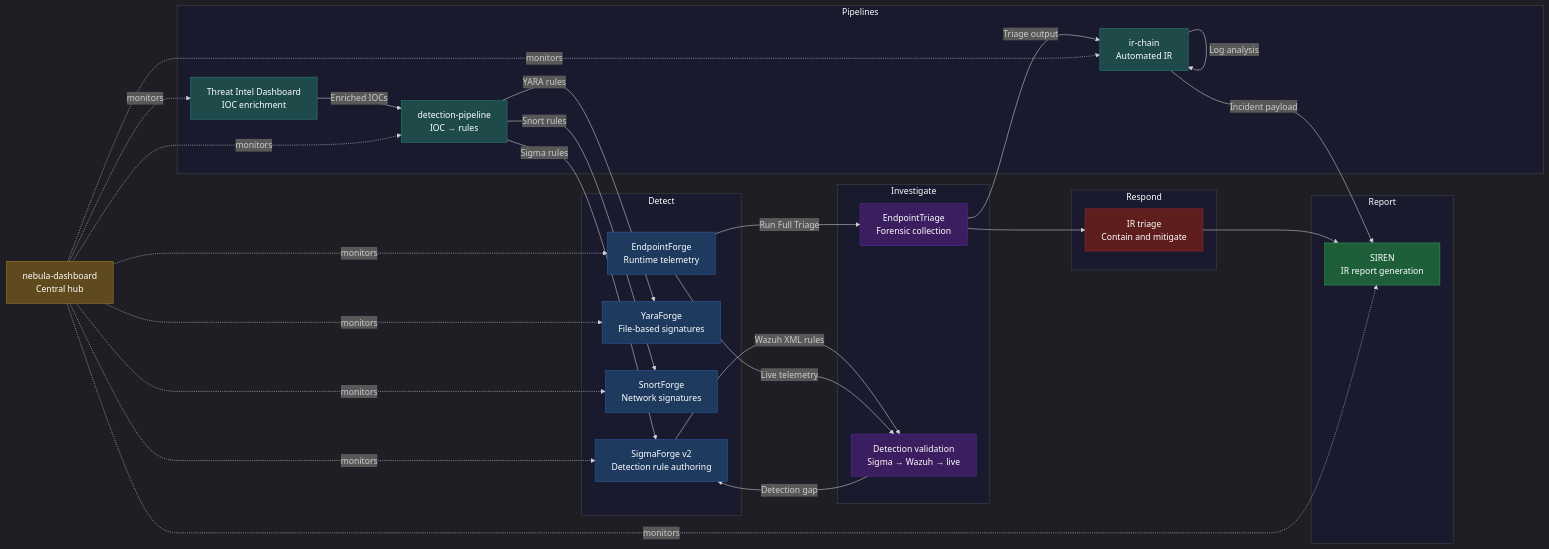
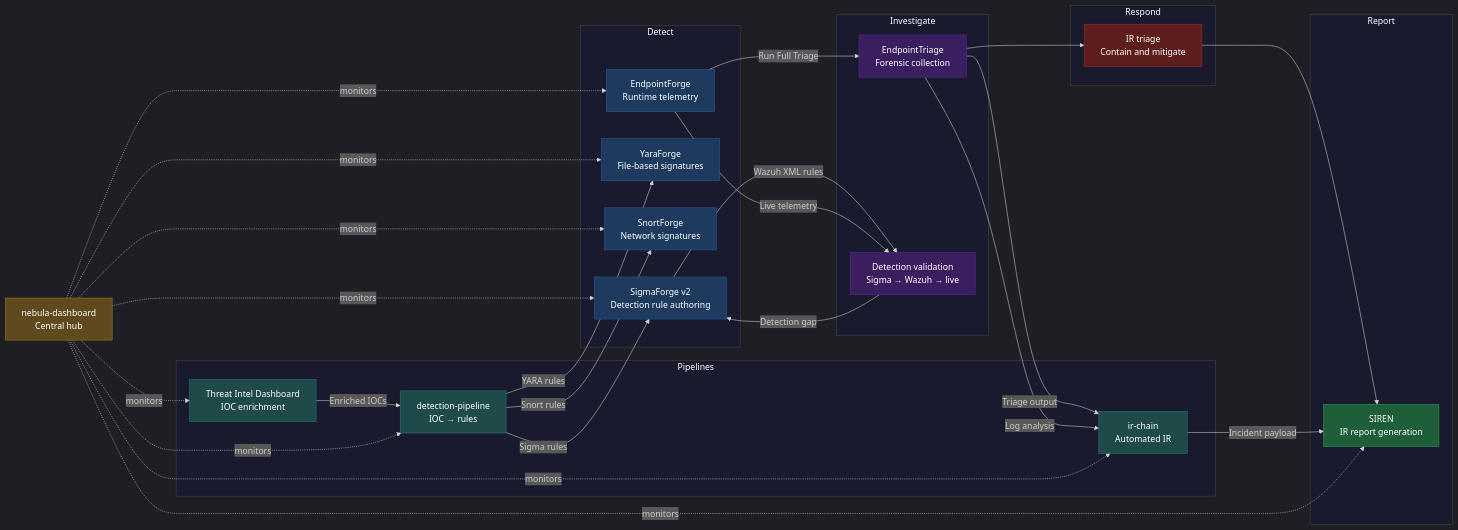
Before and after one commit to Rootless-Ghost/Nebula-Forge: the diagram in README.md, drawn with Mermaid.

````diff
--- a/README.md
+++ b/README.md
@@ -17,71 +17,71 @@
 ```mermaid
 %%{init: {'theme': 'dark', 'themeVariables': {'clusterBkg': '#1a1a2e', 'clusterBorder': '#444', 'titleColor': '#ffffff'}}}%%
 flowchart LR
     subgraph Detect
         SF[SigmaForge v2\nDetection rule authoring]
         YF[YaraForge\nFile-based signatures]
         SNF[SnortForge\nNetwork signatures]
         EF[EndpointForge\nRuntime telemetry]
     end
 
     subgraph Investigate
         ET[EndpointTriage\nForensic collection]
         DV[Detection validation\nSigma → Wazuh → live]
     end
 
     subgraph Respond
         IR[IR triage\nContain and mitigate]
     end
 
     subgraph Report
         SR[SIREN\nIR report generation]
     end
 
     subgraph Pipelines
         TI[Threat Intel Dashboard\nIOC enrichment]
         DP[detection-pipeline\nIOC → rules]
         IC[ir-chain\nAutomated IR]
     end
 
     ND[nebula-dashboard\nCentral hub]
 
     SF -->|Wazuh XML rules| DV
     EF -->|Live telemetry| DV
     EF -->|Run Full Triage| ET
     DV -->|Detection gap| SF
     ET --> IR
     IR --> SR
 
     TI -->|Enriched IOCs| DP
     DP -->|Sigma rules| SF
     DP -->|YARA rules| YF
     DP -->|Snort rules| SNF
 
     ET -->|Triage output| IC
-    IC -->|Log analysis| IC
+    ET -->|Log analysis| IC
     IC -->|Incident payload| SR
 
     ND -.->|monitors| SF
     ND -.->|monitors| YF
     ND -.->|monitors| SNF
     ND -.->|monitors| EF
     ND -.->|monitors| TI
     ND -.->|monitors| SR
     ND -.->|monitors| DP
     ND -.->|monitors| IC
 
     classDef detect     fill:#1e3a5f,stroke:#2a5a9f,color:#fff
     classDef investigate fill:#3a1e5f,stroke:#5a2a9f,color:#fff
     classDef respond    fill:#5f1e1e,stroke:#9f2a2a,color:#fff
     classDef report     fill:#1e5f3a,stroke:#2a9f5a,color:#fff
     classDef pipeline   fill:#1e4a4a,stroke:#2a7a7a,color:#fff
     classDef hub        fill:#5f4a1e,stroke:#9f7a2a,color:#fff
 
     class SF,YF,SNF,EF detect
     class ET,DV investigate
     class IR respond
     class SR report
     class TI,DP,IC pipeline
     class ND hub
 
 ```
````
